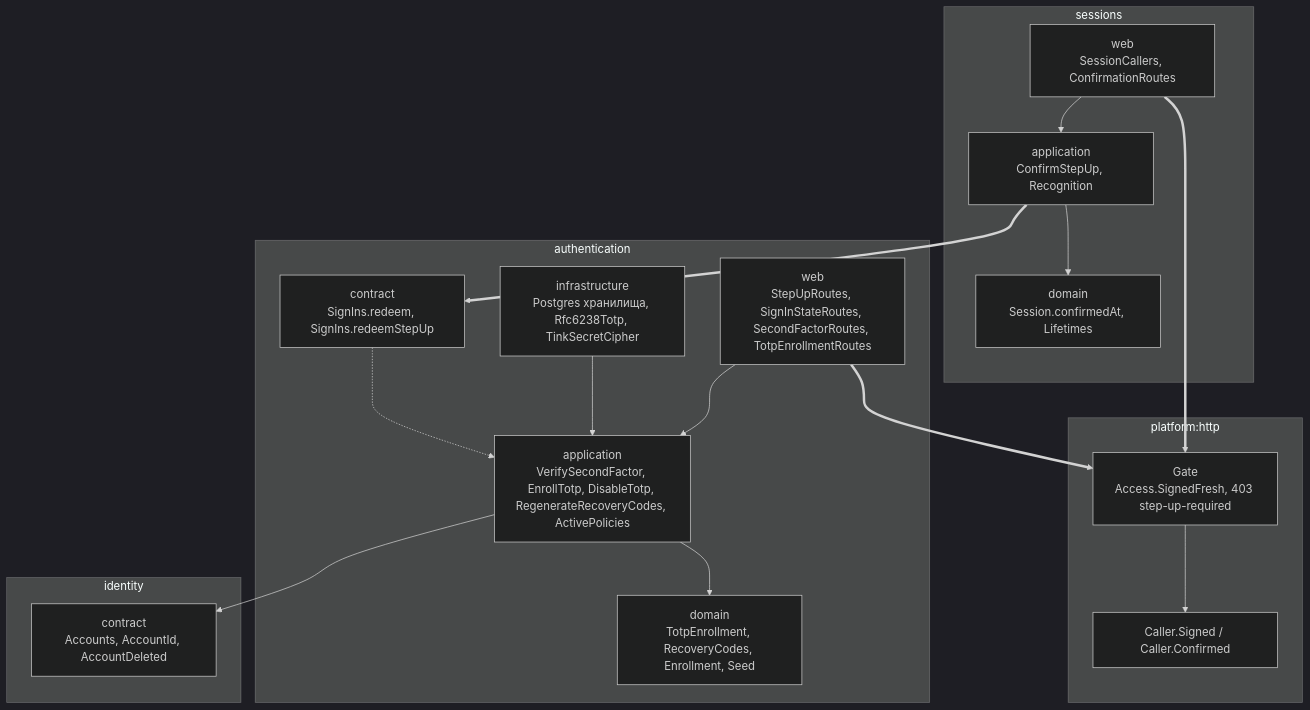
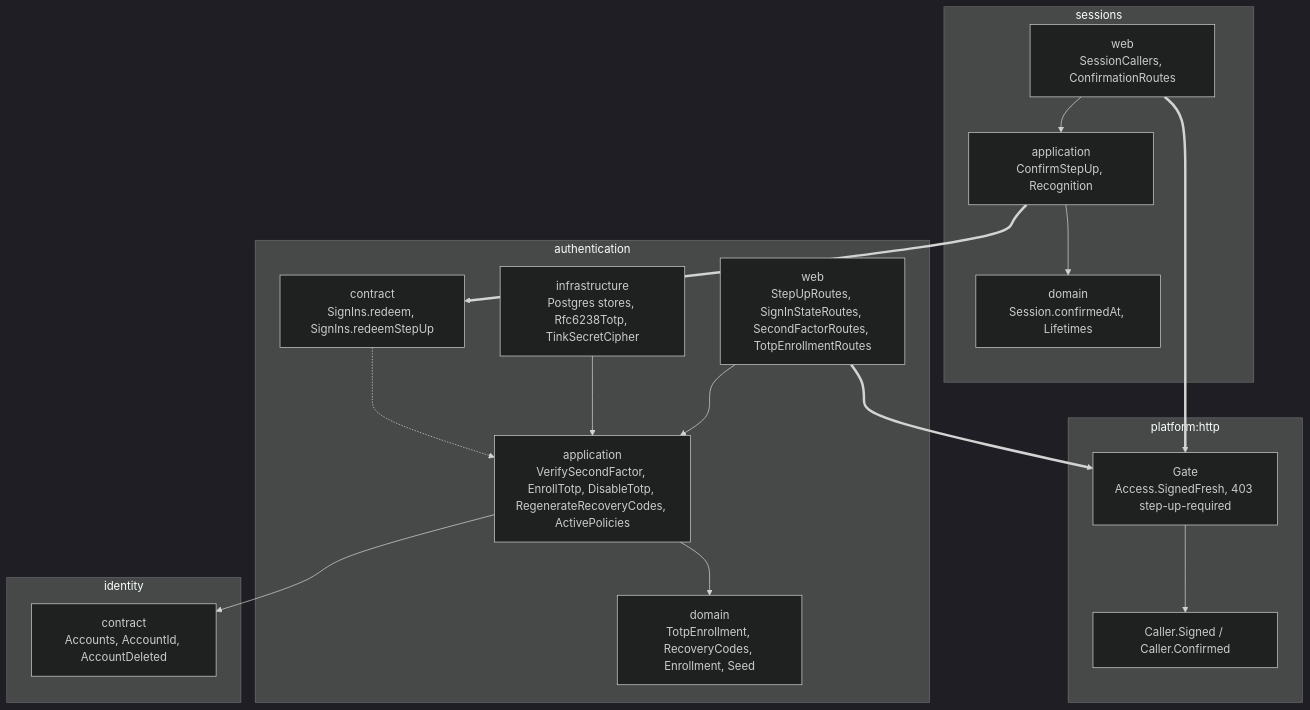
The fourth of 5 diagrams in docs/backend/02-authentication-slice-5.md (yuriisurzhykov/Tallyvane), drawn with Mermaid (dark theme) before and after one commit. The commit also changed other lines of this file, not shown here.

````diff
--- a/docs/backend/02-authentication-slice-5.md
+++ b/docs/backend/02-authentication-slice-5.md
@@ -140,33 +140,33 @@
 ```mermaid
 flowchart TB
     subgraph http [platform:http]
         gate["Gate<br/>Access.SignedFresh, 403 step-up-required"]
         caller["Caller.Signed / Caller.Confirmed"]
     end
     subgraph sessions [sessions]
         sweb["web<br/>SessionCallers, ConfirmationRoutes"]
         sapp["application<br/>ConfirmStepUp, Recognition"]
         sdom["domain<br/>Session.confirmedAt, Lifetimes"]
     end
     subgraph authn [authentication]
         aweb["web<br/>StepUpRoutes, SignInStateRoutes, SecondFactorRoutes, TotpEnrollmentRoutes"]
         aapp["application<br/>VerifySecondFactor, EnrollTotp, DisableTotp, RegenerateRecoveryCodes, ActivePolicies"]
         acon["contract<br/>SignIns.redeem, SignIns.redeemStepUp"]
         adom["domain<br/>TotpEnrollment, RecoveryCodes, Enrollment, Seed"]
-        ainf["infrastructure<br/>Postgres хранилища, Rfc6238Totp, TinkSecretCipher"]
+        ainf["infrastructure<br/>Postgres stores, Rfc6238Totp, TinkSecretCipher"]
     end
     subgraph ident [identity]
         icon["contract<br/>Accounts, AccountId, AccountDeleted"]
     end
     sweb ==> gate
     sweb --> sapp
     sapp --> sdom
     sapp ==> acon
     aweb ==> gate
     aweb --> aapp
     aapp --> adom
     ainf --> aapp
     aapp --> icon
     acon -.-> aapp
     gate --> caller
 ```
````
